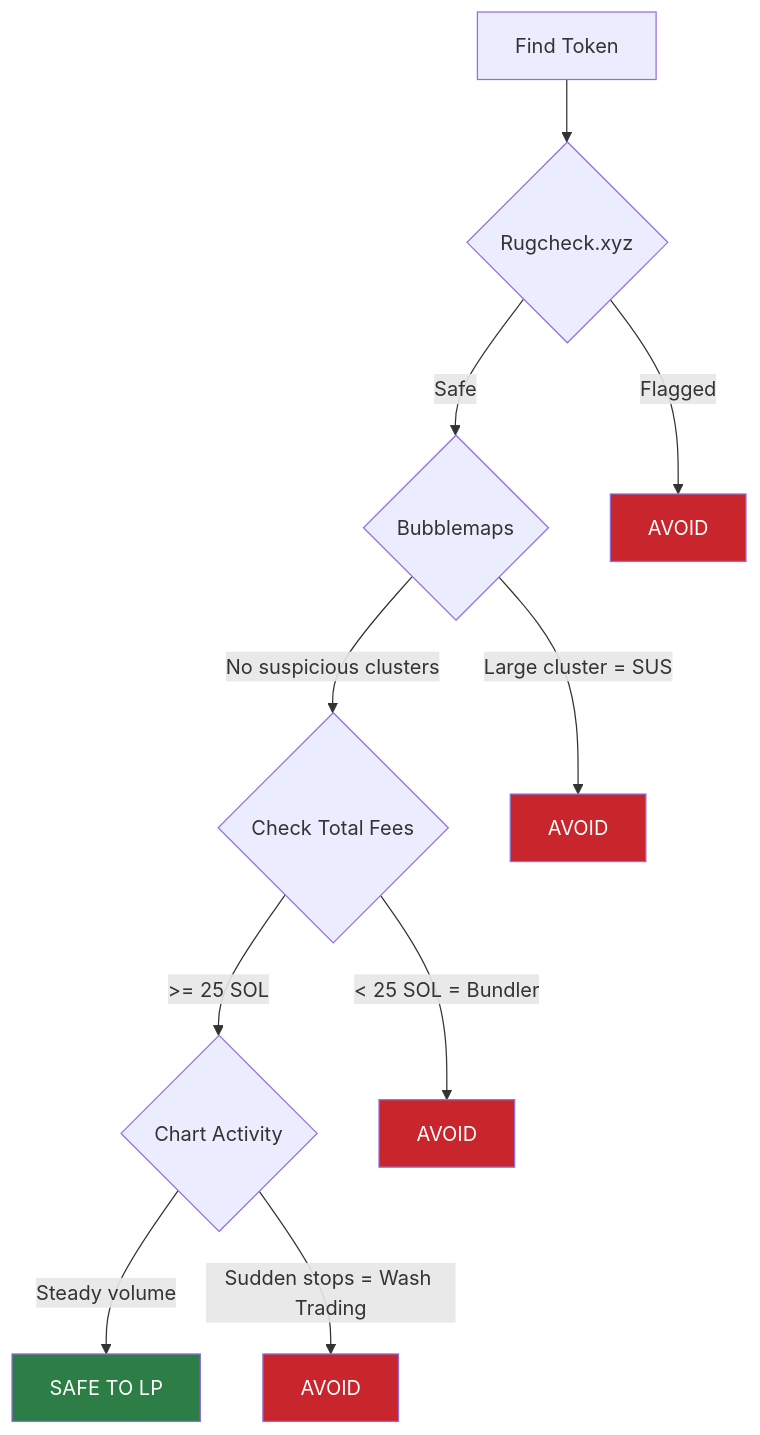
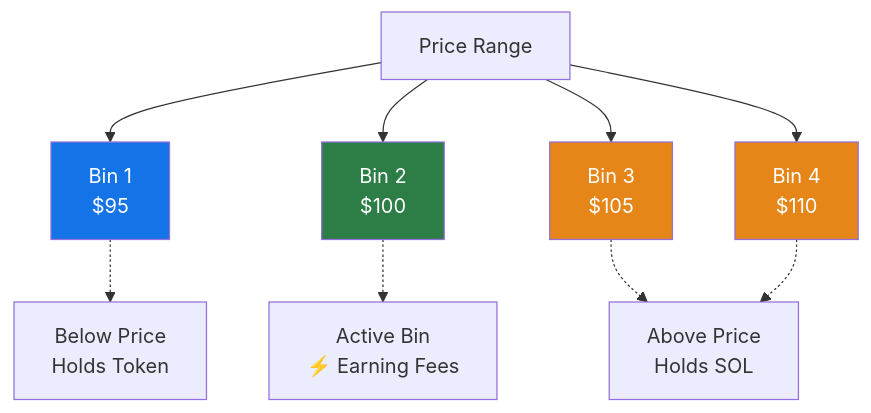
One commit to dante4rt/meteora-dlmm-recap changed the second of 5 diagrams in notes/day-1.md. Above: the diagram before and after it, drawn with Mermaid. The commit also changed other lines of this file and 5 other files, not shown here.

````diff
--- a/notes/day-1.md
+++ b/notes/day-1.md
@@ -48,18 +50,17 @@
 ```mermaid
 flowchart TD
-    A[Find Token] --> B{Rugcheck.xyz}
-    B -->|Safe| C{Bubblemaps}
-    B -->|Flagged| X1[AVOID]
-    C -->|No suspicious clusters| D{Check Total Fees}
-    C -->|Large cluster = SUS| X2[AVOID]
-    D -->|>= 25 SOL| E{Chart Activity}
-    D -->|< 25 SOL = Bundler| X3[AVOID]
-    E -->|Steady volume| F[SAFE TO LP]
-    E -->|Sudden stops = Wash Trading| X4[AVOID]
-
-    style F fill:#2d7d46,color:#fff
-    style X1 fill:#c9252d,color:#fff
-    style X2 fill:#c9252d,color:#fff
-    style X3 fill:#c9252d,color:#fff
-    style X4 fill:#c9252d,color:#fff
+    A["Price Range"] --> B["Bin 1<br>$95"]
+    A --> C["Bin 2<br>$100"]
+    A --> D["Bin 3<br>$105"]
+    A --> E["Bin 4<br>$110"]
+    
+    C -.-> F["Active Bin<br>⚡ Earning Fees"]
+    B -.-> G["Below Price<br>Holds Token"]
+    D -.-> H["Above Price<br>Holds SOL"]
+    E -.-> H
+    
+    style C fill:#2d7d46,color:#fff
+    style B fill:#1473e6,color:#fff
+    style D fill:#e68619,color:#fff
+    style E fill:#e68619,color:#fff
 ```
````
